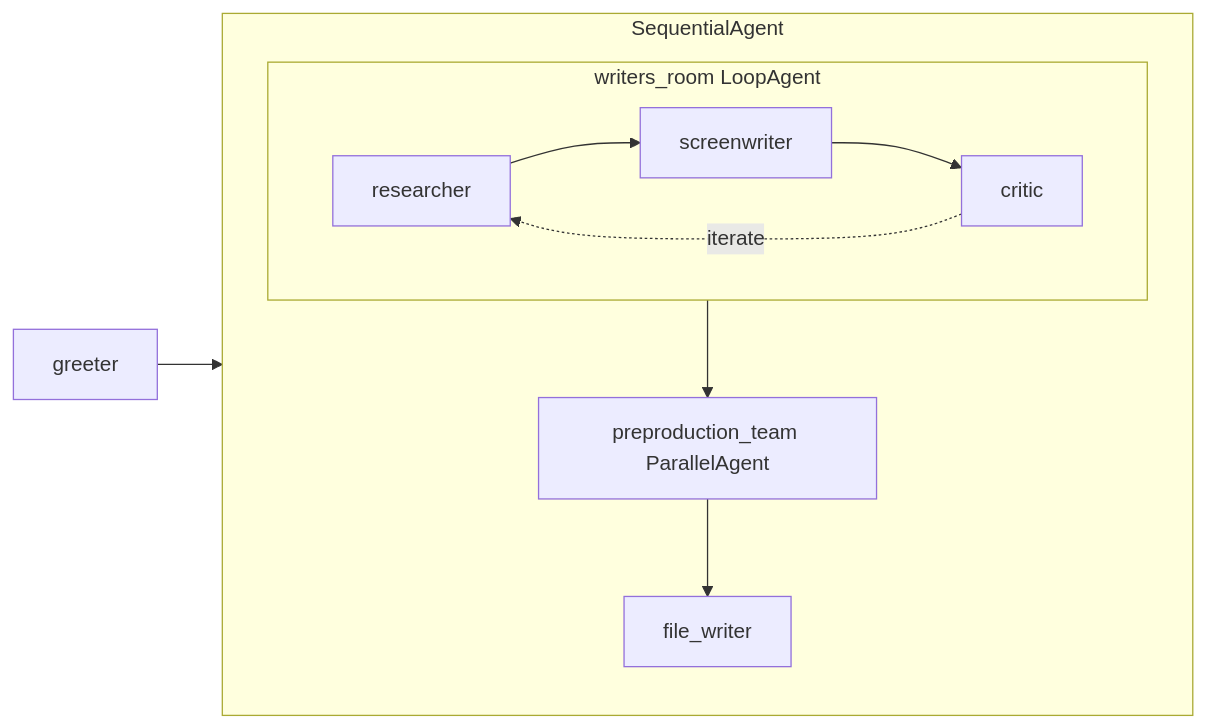
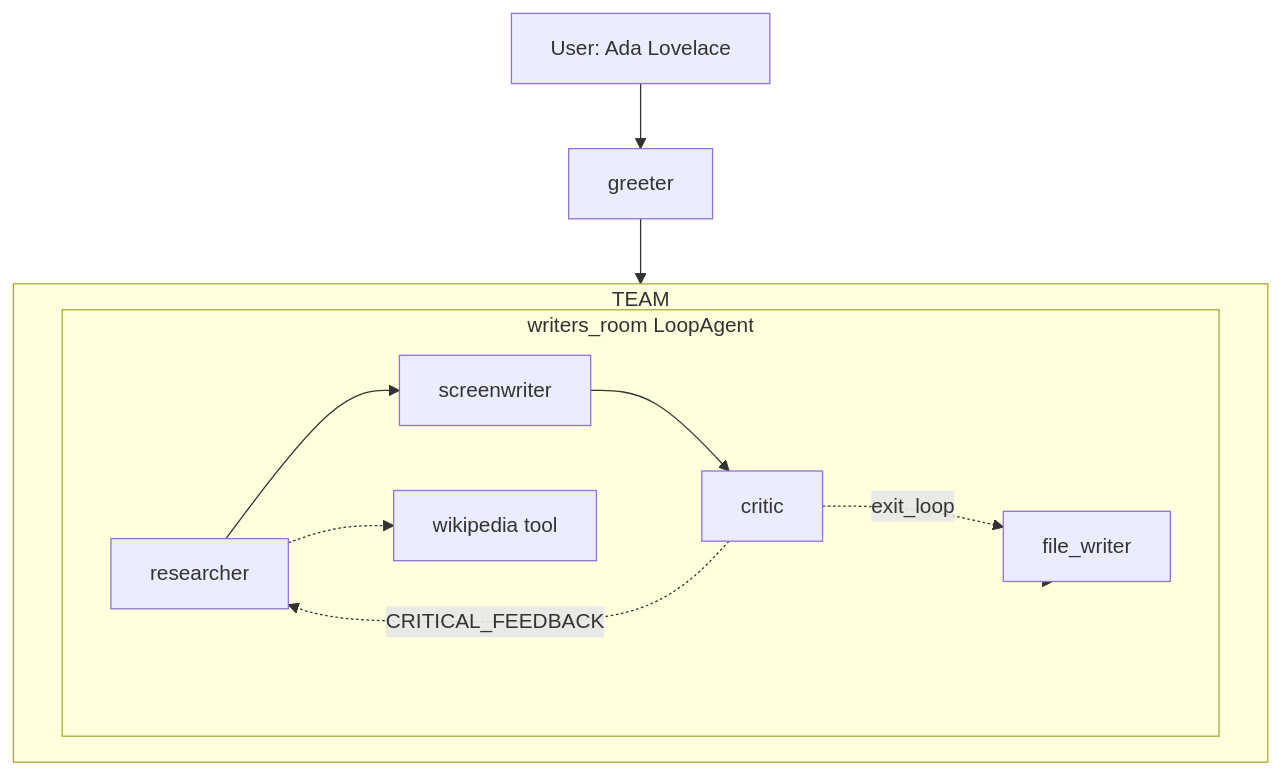
One commit to gourabb8273/google-adk-certification-resource-and-hands-on changed the second of 2 diagrams in README.md. Above: the diagram before and after it, drawn with Mermaid. The commit also changed other lines of this file and 4 other files, not shown here.

First line of the commit message:
Add writers_room LoopAgent with critic and exit_loop to film concept team.

````diff
--- a/README.md
+++ b/README.md
@@ -506,12 +508,15 @@
 ```mermaid
-flowchart LR
-    GREETER[greeter] --> TEAM[film_concept_team]
-    subgraph TEAM[SequentialAgent]
+flowchart TB
+    USER[User: Ada Lovelace] --> GREETER[greeter]
+    GREETER --> TEAM[film_concept_team SequentialAgent]
+    subgraph TEAM
         subgraph LOOP[writers_room LoopAgent]
             R[researcher] --> SW[screenwriter] --> C[critic]
-            C -.->|iterate| R
+            C -.->|CRITICAL_FEEDBACK| R
+            C -.->|exit_loop| FW
+            R -.-> WIKI[wikipedia tool]
         end
-        LOOP --> PAR[preproduction_team ParallelAgent]
-        PAR --> FW[file_writer]
+        FW[file_writer]
     end
+    LOOP --> FW
 ```
````
